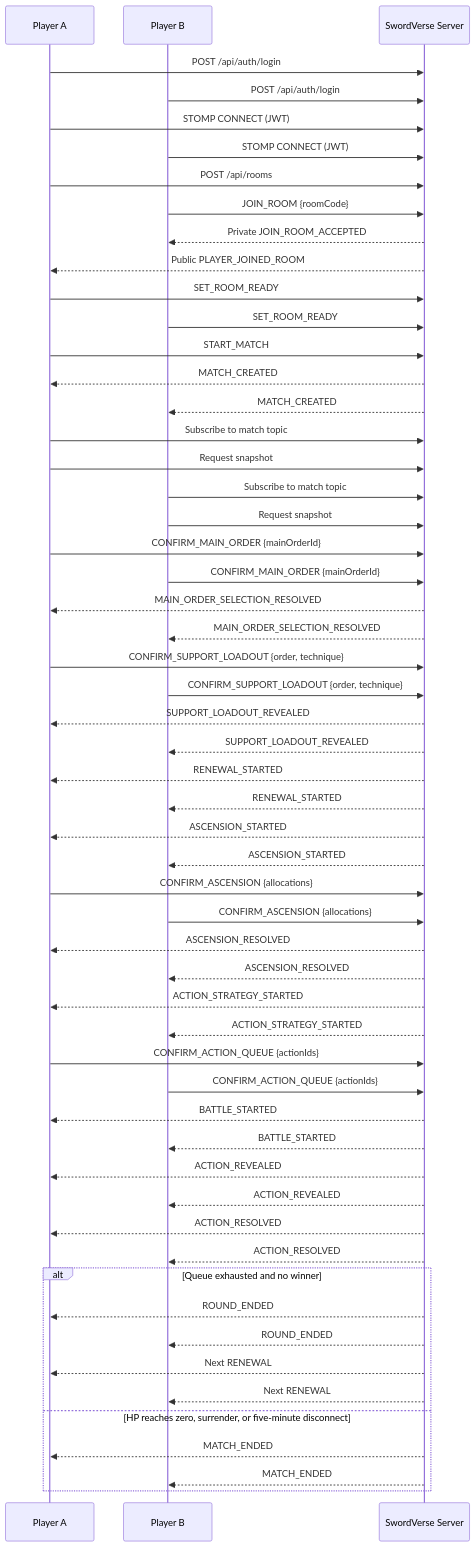
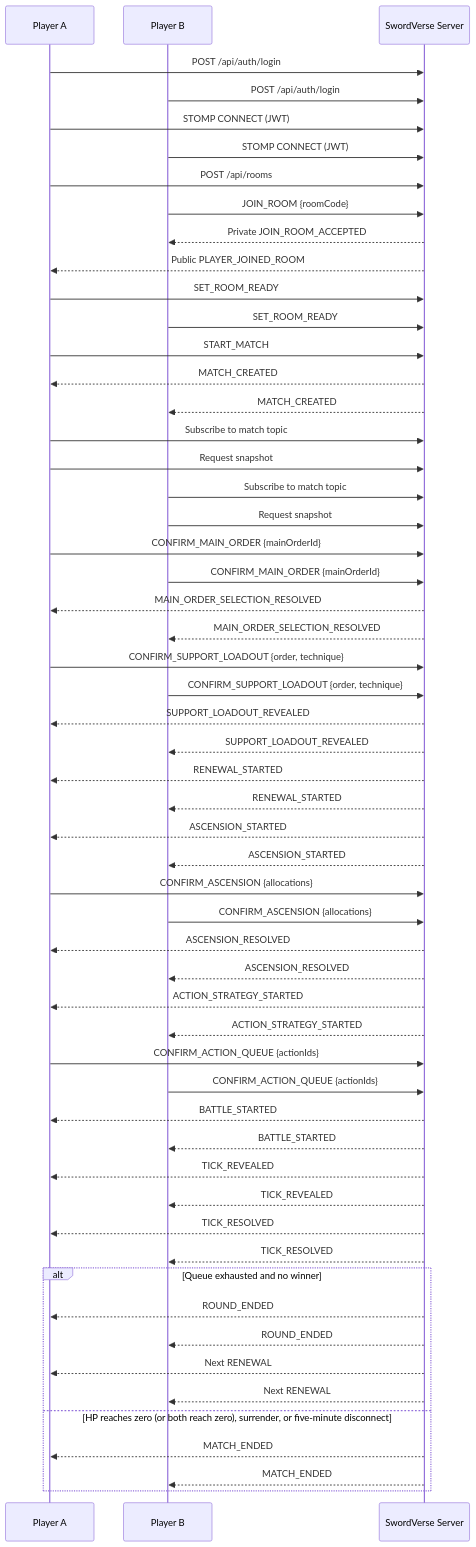
One commit to UmiKuni/swordverse changed the second of 2 diagrams in API_WEBSOCKET_CONTRACT.md. Above: the diagram before and after it, drawn with Mermaid. The commit also changed other lines of this file and 2 other files, not shown here.

````diff
--- a/API_WEBSOCKET_CONTRACT.md
+++ b/API_WEBSOCKET_CONTRACT.md
@@ -638,73 +657,73 @@
 ```mermaid
 sequenceDiagram
   participant A as Player A
   participant B as Player B
   participant S as SwordVerse Server
 
   A->>S: POST /api/auth/login
   B->>S: POST /api/auth/login
 
   A->>S: STOMP CONNECT (JWT)
   B->>S: STOMP CONNECT (JWT)
 
   A->>S: POST /api/rooms
   B->>S: JOIN_ROOM {roomCode}
   S-->>B: Private JOIN_ROOM_ACCEPTED
   S-->>A: Public PLAYER_JOINED_ROOM
 
   A->>S: SET_ROOM_READY
   B->>S: SET_ROOM_READY
 
   A->>S: START_MATCH
   S-->>A: MATCH_CREATED
   S-->>B: MATCH_CREATED
 
   A->>S: Subscribe to match topic
   A->>S: Request snapshot
   B->>S: Subscribe to match topic
   B->>S: Request snapshot
 
   A->>S: CONFIRM_MAIN_ORDER {mainOrderId}
   B->>S: CONFIRM_MAIN_ORDER {mainOrderId}
 
   S-->>A: MAIN_ORDER_SELECTION_RESOLVED
   S-->>B: MAIN_ORDER_SELECTION_RESOLVED
 
   A->>S: CONFIRM_SUPPORT_LOADOUT {order, technique}
   B->>S: CONFIRM_SUPPORT_LOADOUT {order, technique}
 
   S-->>A: SUPPORT_LOADOUT_REVEALED
   S-->>B: SUPPORT_LOADOUT_REVEALED
   S-->>A: RENEWAL_STARTED
   S-->>B: RENEWAL_STARTED
   S-->>A: ASCENSION_STARTED
   S-->>B: ASCENSION_STARTED
 
   A->>S: CONFIRM_ASCENSION {allocations}
   B->>S: CONFIRM_ASCENSION {allocations}
 
   S-->>A: ASCENSION_RESOLVED
   S-->>B: ASCENSION_RESOLVED
   S-->>A: ACTION_STRATEGY_STARTED
   S-->>B: ACTION_STRATEGY_STARTED
 
   A->>S: CONFIRM_ACTION_QUEUE {actionIds}
   B->>S: CONFIRM_ACTION_QUEUE {actionIds}
 
   S-->>A: BATTLE_STARTED
   S-->>B: BATTLE_STARTED
-  S-->>A: ACTION_REVEALED
-  S-->>B: ACTION_REVEALED
-  S-->>A: ACTION_RESOLVED
-  S-->>B: ACTION_RESOLVED
+  S-->>A: TICK_REVEALED
+  S-->>B: TICK_REVEALED
+  S-->>A: TICK_RESOLVED
+  S-->>B: TICK_RESOLVED
 
   alt Queue exhausted and no winner
     S-->>A: ROUND_ENDED
     S-->>B: ROUND_ENDED
     S-->>A: Next RENEWAL
     S-->>B: Next RENEWAL
-  else HP reaches zero, surrender, or five-minute disconnect
+  else HP reaches zero (or both reach zero), surrender, or five-minute disconnect
     S-->>A: MATCH_ENDED
     S-->>B: MATCH_ENDED
   end
 ```
````
